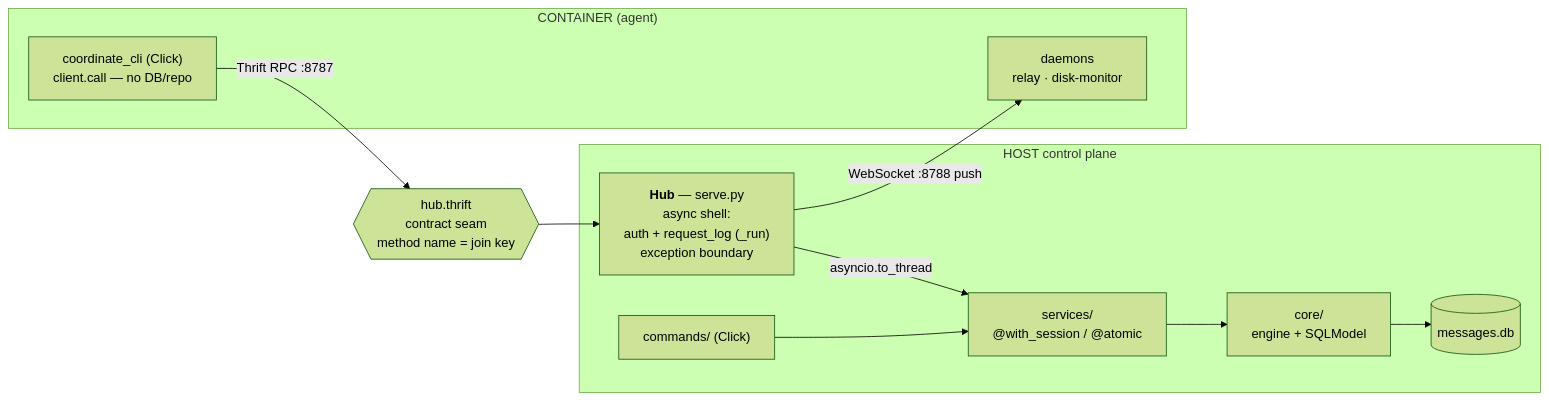
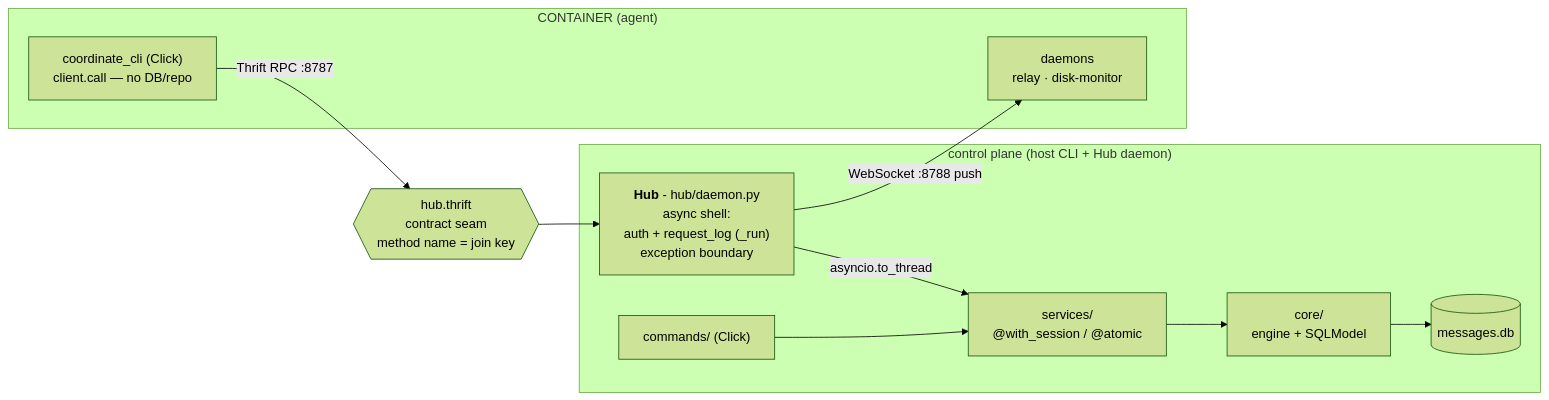
The third of 3 diagrams in ARCHITECTURE.md (kunalbhagawati/botpen), drawn with Mermaid (forest theme) before and after one commit. The commit also changed other lines of this file and 57 other files, not shown here.

First line of the commit message:
feat: per-context CLI (botpen / hub / coordinate) + multi-bot scaffold (#5)

````diff
--- a/ARCHITECTURE.md
+++ b/ARCHITECTURE.md
@@ -242,18 +321,18 @@
 ```mermaid
 flowchart LR
-    subgraph host["HOST control plane"]
+    subgraph host["control plane (host CLI + Hub daemon)"]
         cmd["commands/ (Click)"] --> svc["services/<br>@with_session / @atomic"]
         svc --> core["core/<br>engine + SQLModel"]
         core --> db[("messages.db")]
-        hub["<b>Hub</b> — serve.py<br>async shell:<br>auth + request_log (_run)<br>exception boundary"]
+        hub["<b>Hub</b> - hub/daemon.py<br>async shell:<br>auth + request_log (_run)<br>exception boundary"]
         hub -->|"asyncio.to_thread"| svc
     end
     idl{{"hub.thrift<br>contract seam<br>method name = join key"}}
     subgraph agent["CONTAINER (agent)"]
         coord["coordinate_cli (Click)<br>client.call — no DB/repo"]
         daem["daemons<br>relay · disk-monitor"]
     end
     coord -->|"Thrift RPC :8787"| idl
     idl --> hub
     hub -->|"WebSocket :8788 push"| daem
 ```
````
